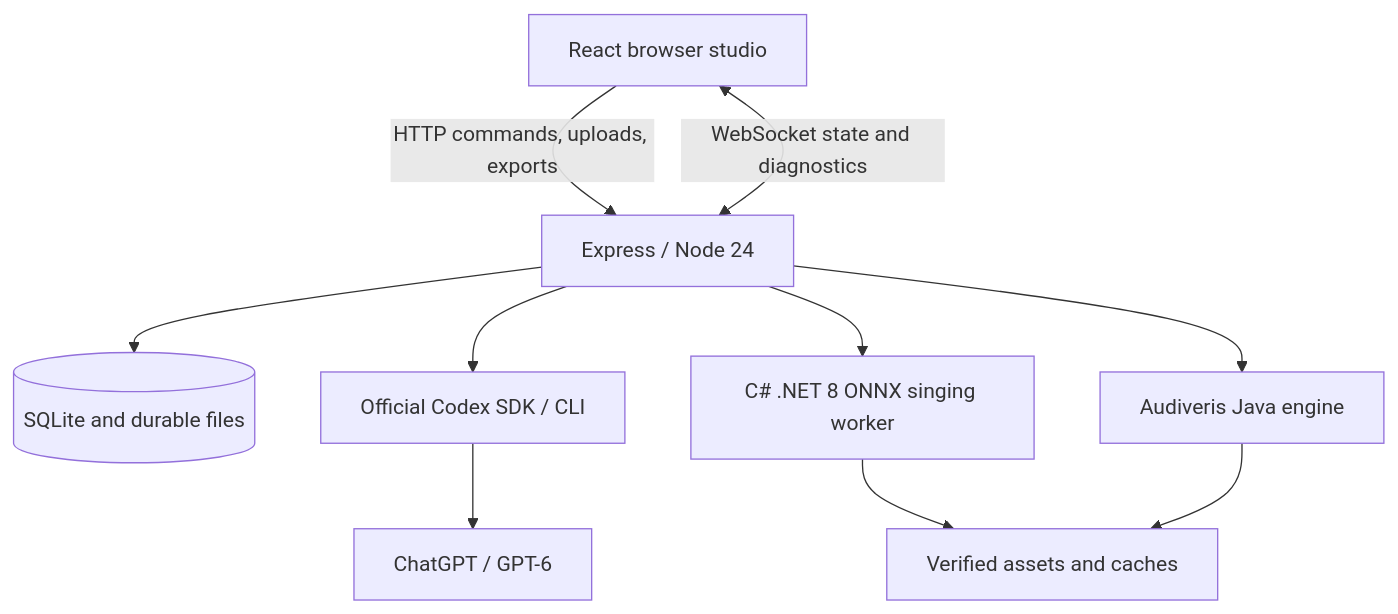
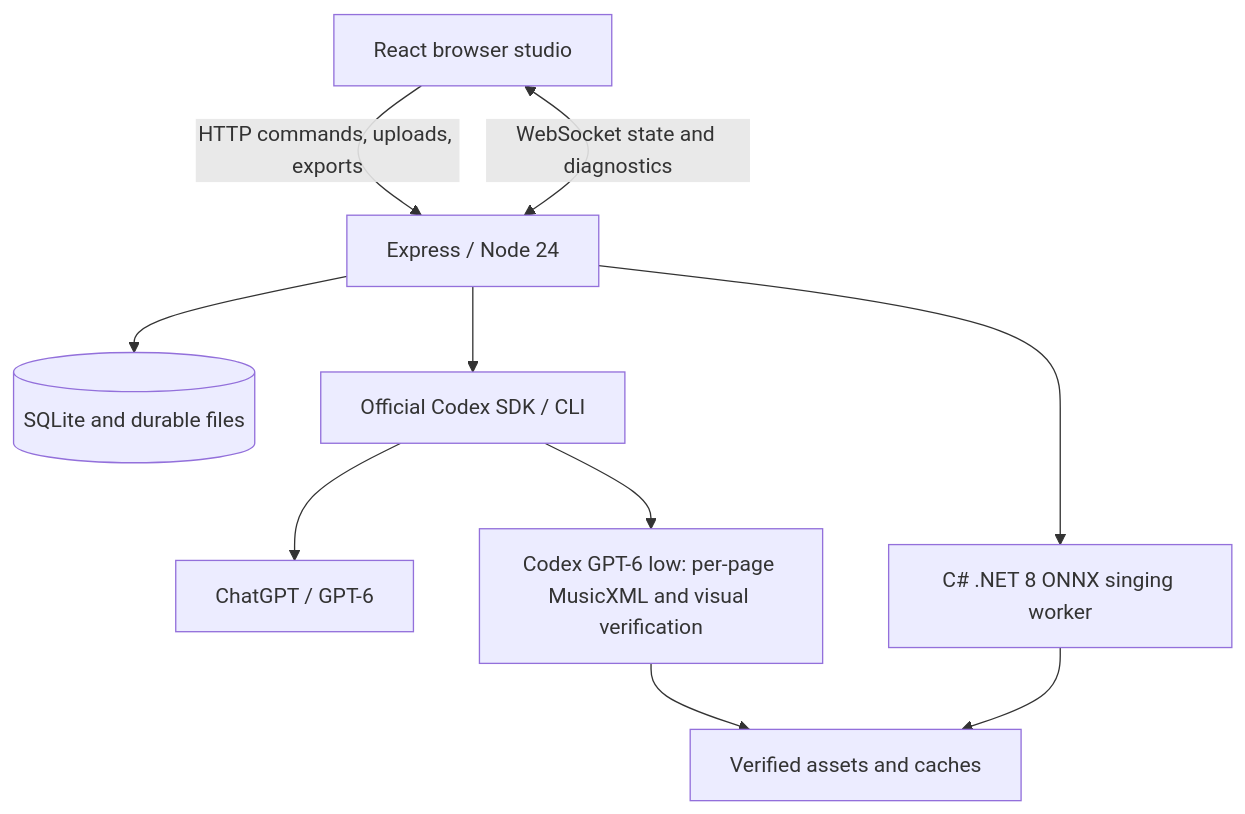
One commit to blhsing/Choirloom changed the diagram in README.md. Above: the diagram before and after it, drawn with Mermaid. The commit also changed other lines of this file and 32 other files, not shown here.

````diff
--- a/README.md
+++ b/README.md
@@ -203,12 +203,12 @@
 ```mermaid
 flowchart TD
   B[React browser studio] -->|HTTP commands, uploads, exports| N[Express / Node 24]
   B <-->|WebSocket state and diagnostics| N
   N --> D[(SQLite and durable files)]
   N --> C[Official Codex SDK / CLI]
   C --> G[ChatGPT / GPT-6]
   N --> S[C# .NET 8 ONNX singing worker]
-  N --> A[Audiveris Java engine]
+  C --> A[Codex GPT-6 low: per-page MusicXML and visual verification]
   S --> V[Verified assets and caches]
   A --> V
 ```
````
